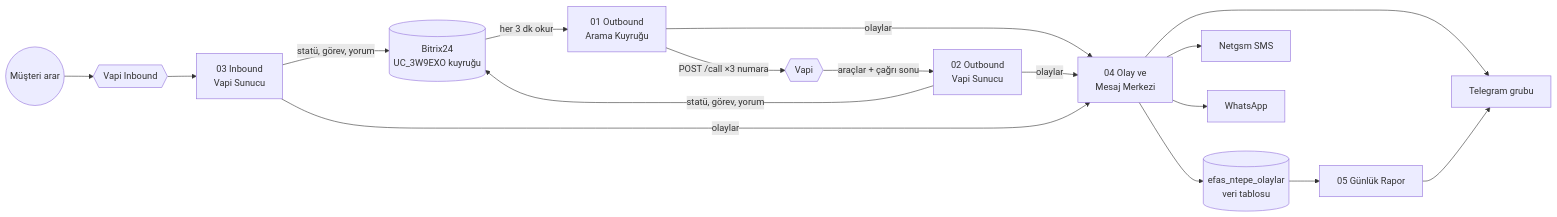
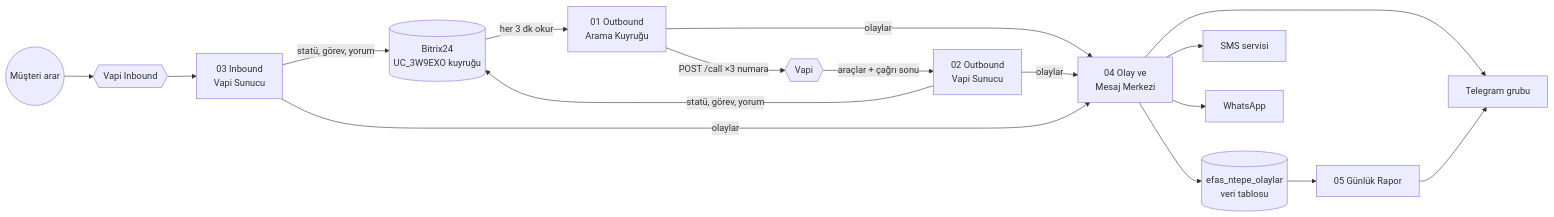
One commit to keremerginbas/CRUD changed the diagram in efas-ntepe/README.md. Above: the diagram before and after it, drawn with Mermaid. The commit also changed other lines of this file and 14 other files, not shown here.

````diff
--- a/efas-ntepe/README.md
+++ b/efas-ntepe/README.md
@@ -14,12 +14,12 @@
 ```mermaid
 flowchart LR
   B[(Bitrix24<br/>UC_3W9EXO kuyruğu)] -->|her 3 dk okur| W1[01 Outbound<br/>Arama Kuyruğu]
   W1 -->|POST /call ×3 numara| V{{Vapi}}
   V -->|araçlar + çağrı sonu| W2[02 Outbound<br/>Vapi Sunucu]
   M((Müşteri arar)) --> V2{{Vapi Inbound}} --> W3[03 Inbound<br/>Vapi Sunucu]
   W2 & W3 -->|statü, görev, yorum| B
   W1 & W2 & W3 -->|olaylar| W4[04 Olay ve<br/>Mesaj Merkezi]
   W4 --> T[(efas_ntepe_olaylar<br/>veri tablosu)]
-  W4 --> S[Netgsm SMS] & WA[WhatsApp] & TG[Telegram grubu]
+  W4 --> S[SMS servisi] & WA[WhatsApp] & TG[Telegram grubu]
   T --> W5[05 Günlük Rapor] --> TG
 ```
````
